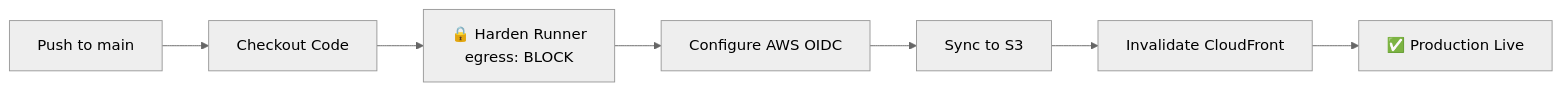
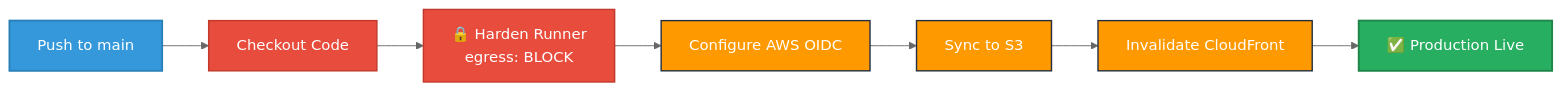
The seventh of 16 diagrams in docs/api/media/WORKFLOWS.md (Hack23/euparliamentmonitor), drawn with Mermaid (neutral theme) before and after one commit. The commit also changed other lines of this file and 1053 other files, not shown here.

````diff
--- a/docs/api/media/WORKFLOWS.md
+++ b/docs/api/media/WORKFLOWS.md
@@ -591,9 +773,19 @@
 ```mermaid
 graph LR
     A[Push to main] --> B[Checkout Code]
     B --> C[🔒 Harden Runner<br/>egress: BLOCK]
     C --> D[Configure AWS OIDC]
     D --> E[Sync to S3]
     E --> F[Invalidate CloudFront]
     F --> G[✅ Production Live]
+
+    classDef trigger fill:#3498db,stroke:#2980b9,stroke-width:2px,color:white
+    classDef security fill:#e74c3c,stroke:#c0392b,stroke-width:1.5px,color:white
+    classDef aws fill:#FF9900,stroke:#232F3E,stroke-width:1.5px,color:white
+    classDef complete fill:#27ae60,stroke:#1e8449,stroke-width:2px,color:white
+
+    class A trigger
+    class B,C security
+    class D,E,F aws
+    class G complete
 ```
````
